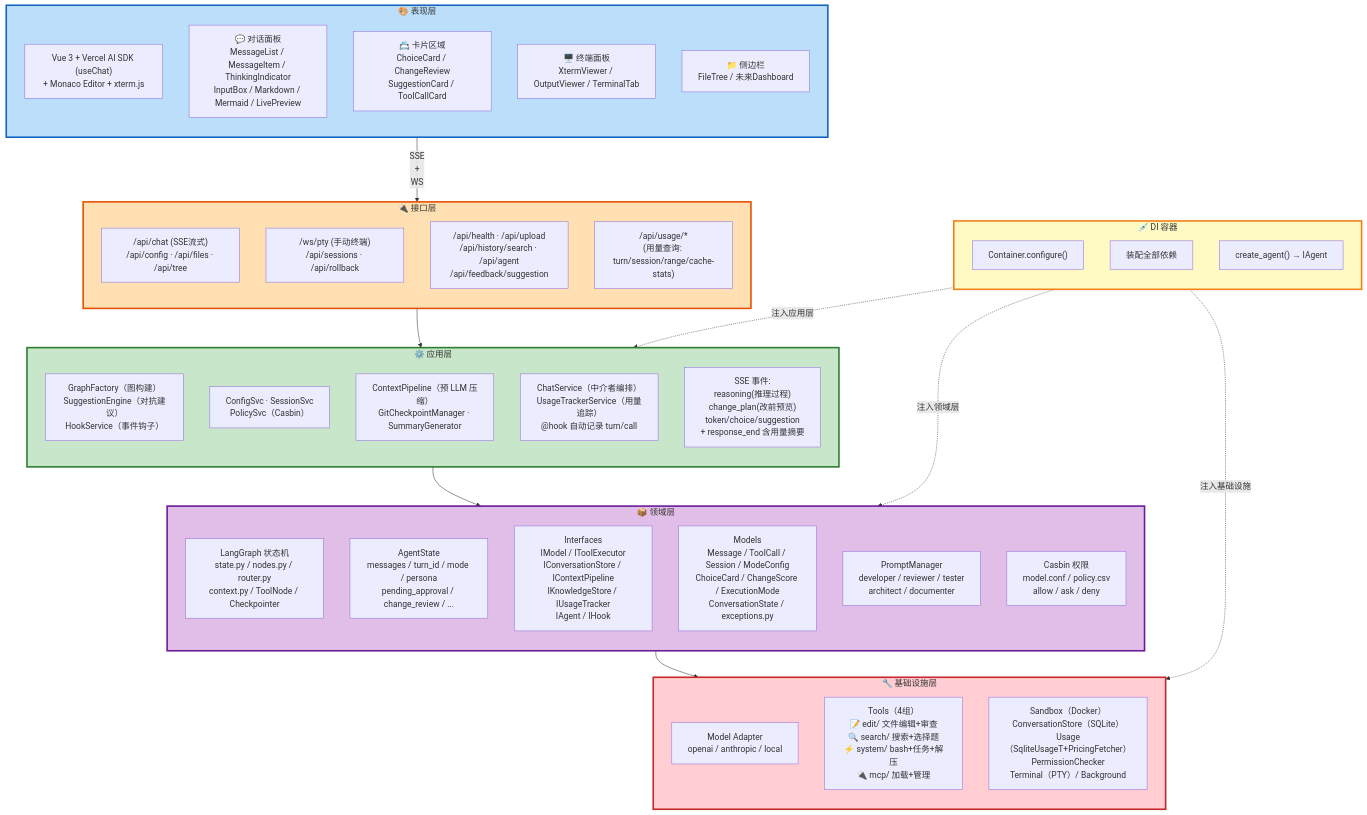
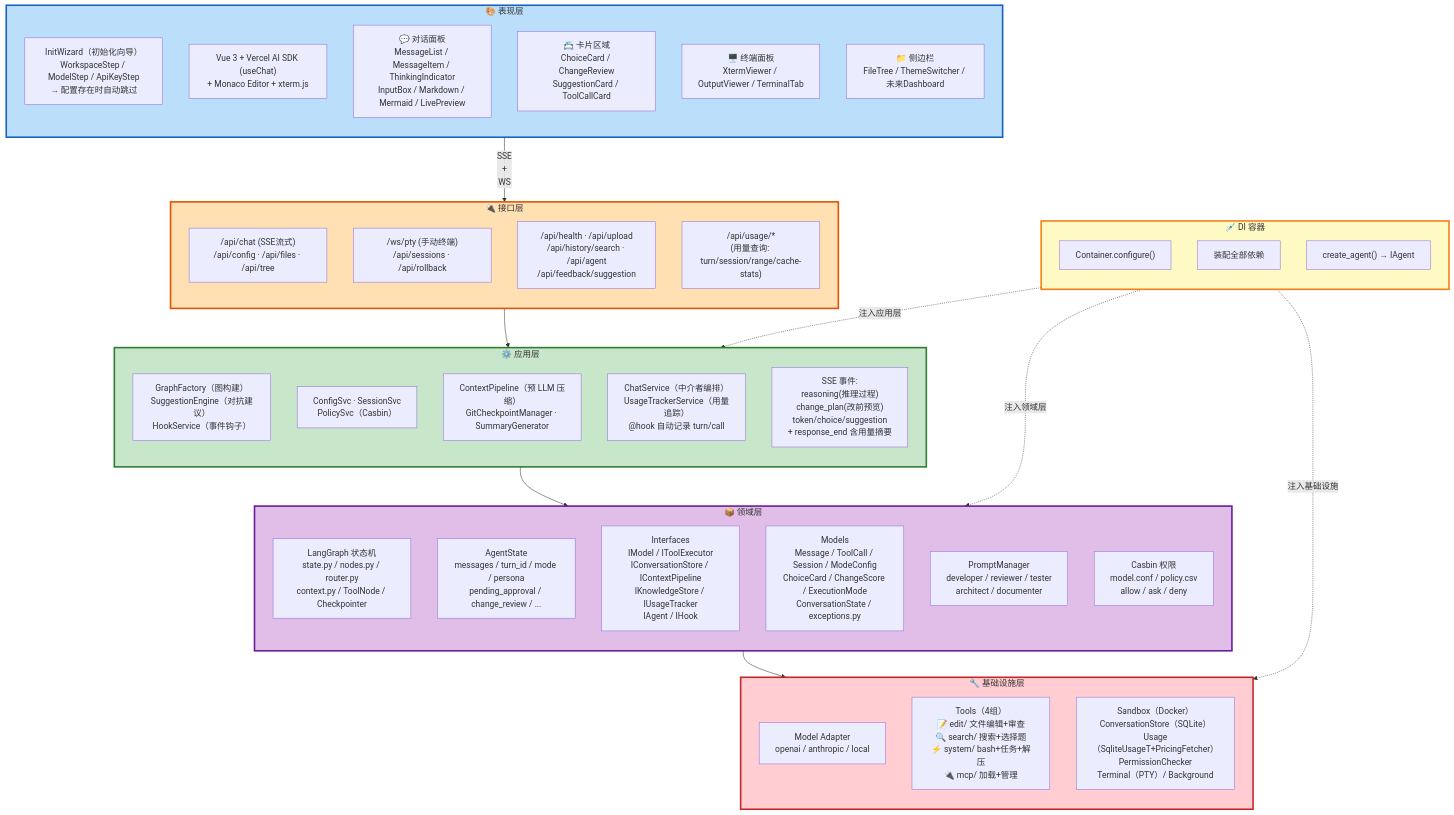
One commit to sunq0001/flypig changed the diagram in docs/docs_refactor/architecture-diagram.md. Above: the diagram before and after it, drawn with Mermaid. The commit also changed other lines of this file and 1 other file, not shown here.

Commit message:
feat: 补充初始化向导 InitWizard 入口流程
- diagram 表现层加 InitWizard 框（工作区/模型/API Key 三步）
- Mermaid 加 InitWizard 节点 + ThemeSwitcher 侧边栏
- frontend-arch 说明入口流程：首次启动向导 → 配置持久化 → 主界面

````diff
--- a/docs/docs_refactor/architecture-diagram.md
+++ b/docs/docs_refactor/architecture-diagram.md
@@ -129,67 +136,68 @@
 ```mermaid
 flowchart TD
     subgraph PRESENTATION["🎨 表现层"]
         direction TB
-        P0["Vue 3 + Vercel AI SDK (useChat)<br/>+ Monaco Editor + xterm.js"]
-        P1["💬 对话面板<br/>MessageList / MessageItem / ThinkingIndicator<br/>InputBox / Markdown / Mermaid / LivePreview"]
-        P2["📇 卡片区域<br/>ChoiceCard / ChangeReview<br/>SuggestionCard / ToolCallCard"]
-        P3["🖥️ 终端面板<br/>XtermViewer / OutputViewer / TerminalTab"]
-        P4["📁 侧边栏<br/>FileTree / 未来Dashboard"]
+        P0["InitWizard（初始化向导）<br/>WorkspaceStep / ModelStep / ApiKeyStep<br/>→ 配置存在时自动跳过"]
+        P1["Vue 3 + Vercel AI SDK (useChat)<br/>+ Monaco Editor + xterm.js"]
+        P2["💬 对话面板<br/>MessageList / MessageItem / ThinkingIndicator<br/>InputBox / Markdown / Mermaid / LivePreview"]
+        P3["📇 卡片区域<br/>ChoiceCard / ChangeReview<br/>SuggestionCard / ToolCallCard"]
+        P4["🖥️ 终端面板<br/>XtermViewer / OutputViewer / TerminalTab"]
+        P5["📁 侧边栏<br/>FileTree / ThemeSwitcher / 未来Dashboard"]
     end
     PRESENTATION -->|"SSE<br/>+<br/>WS"| INTERFACE
 
     subgraph INTERFACE["🔌 接口层"]
         direction TB
         I1["/api/chat (SSE流式)<br/>/api/config · /api/files · /api/tree"]
         I2["/ws/pty (手动终端)<br/>/api/sessions · /api/rollback"]
         I3["/api/health · /api/upload<br/>/api/history/search · /api/agent<br/>/api/feedback/suggestion"]
         I4["/api/usage/*<br/>(用量查询: turn/session/range/cache-stats)"]
     end
     INTERFACE --> APPLICATION
 
     subgraph APPLICATION["⚙️ 应用层"]
         direction TB
         A1["GraphFactory（图构建）<br/>SuggestionEngine（对抗建议）<br/>HookService（事件钩子）"]
         A2["ConfigSvc · SessionSvc<br/>PolicySvc（Casbin）"]
         A3["ContextPipeline（预 LLM 压缩）<br/>GitCheckpointManager · SummaryGenerator"]
         A4["ChatService（中介者编排）<br/>UsageTrackerService（用量追踪）<br/>@hook 自动记录 turn/call"]
         A5["SSE 事件:<br/>reasoning(推理过程)<br/>change_plan(改前预览)<br/>token/choice/suggestion<br/>+ response_end 含用量摘要"]
     end
     APPLICATION --> DOMAIN
 
     subgraph DOMAIN["📦 领域层"]
         direction TB
         D1["LangGraph 状态机<br/>state.py / nodes.py / router.py<br/>context.py / ToolNode / Checkpointer"]
         D2["AgentState<br/>messages / turn_id / mode / persona<br/>pending_approval / change_review / ..."]
         D3["Interfaces<br/>IModel / IToolExecutor<br/>IConversationStore / IContextPipeline<br/>IKnowledgeStore / IUsageTracker<br/>IAgent / IHook"]
         D4["Models<br/>Message / ToolCall / Session / ModeConfig<br/>ChoiceCard / ChangeScore / ExecutionMode<br/>ConversationState / exceptions.py"]
         D5["PromptManager<br/>developer / reviewer / tester<br/>architect / documenter"]
         D6["Casbin 权限<br/>model.conf / policy.csv<br/>allow / ask / deny"]
     end
     DOMAIN --> INFRASTRUCTURE
 
     subgraph INFRASTRUCTURE["🔧 基础设施层"]
         direction TB
         F1["Model Adapter<br/>openai / anthropic / local"]
         F2["Tools（4组）<br/>📝 edit/ 文件编辑+审查<br/>🔍 search/ 搜索+选择题<br/>⚡ system/ bash+任务+解压<br/>🔌 mcp/ 加载+管理"]
         F3["Sandbox（Docker）<br/>ConversationStore（SQLite）<br/>Usage（SqliteUsageT+PricingFetcher）<br/>PermissionChecker<br/>Terminal（PTY）/ Background"]
     end
 
     subgraph DI["💉 DI 容器"]
         direction TB
         DX1["Container.configure()"]
         DX2["装配全部依赖"]
         DX3["create_agent() → IAgent"]
     end
 
     DI -.->|注入应用层| APPLICATION
     DI -.->|注入领域层| DOMAIN
     DI -.->|注入基础设施| INFRASTRUCTURE
 
     style PRESENTATION fill:#BBDEFB,stroke:#1565C0,stroke-width:3px,fontSize:16px
     style INTERFACE fill:#FFE0B2,stroke:#E65100,stroke-width:3px,fontSize:16px
     style APPLICATION fill:#C8E6C9,stroke:#2E7D32,stroke-width:3px,fontSize:16px
     style DOMAIN fill:#E1BEE7,stroke:#6A1B9A,stroke-width:3px,fontSize:16px
     style INFRASTRUCTURE fill:#FFCDD2,stroke:#C62828,stroke-width:3px,fontSize:16px
     style DI fill:#FFF9C4,stroke:#F57F17,stroke-width:3px,fontSize:16px
 ```
````
